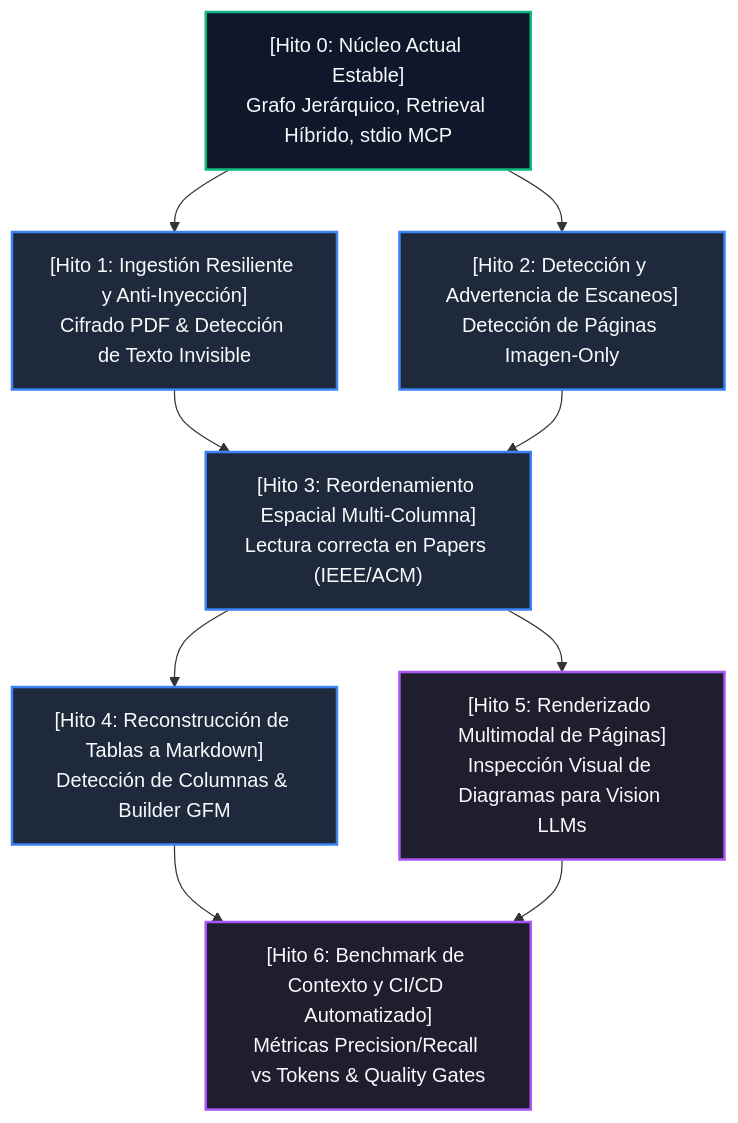
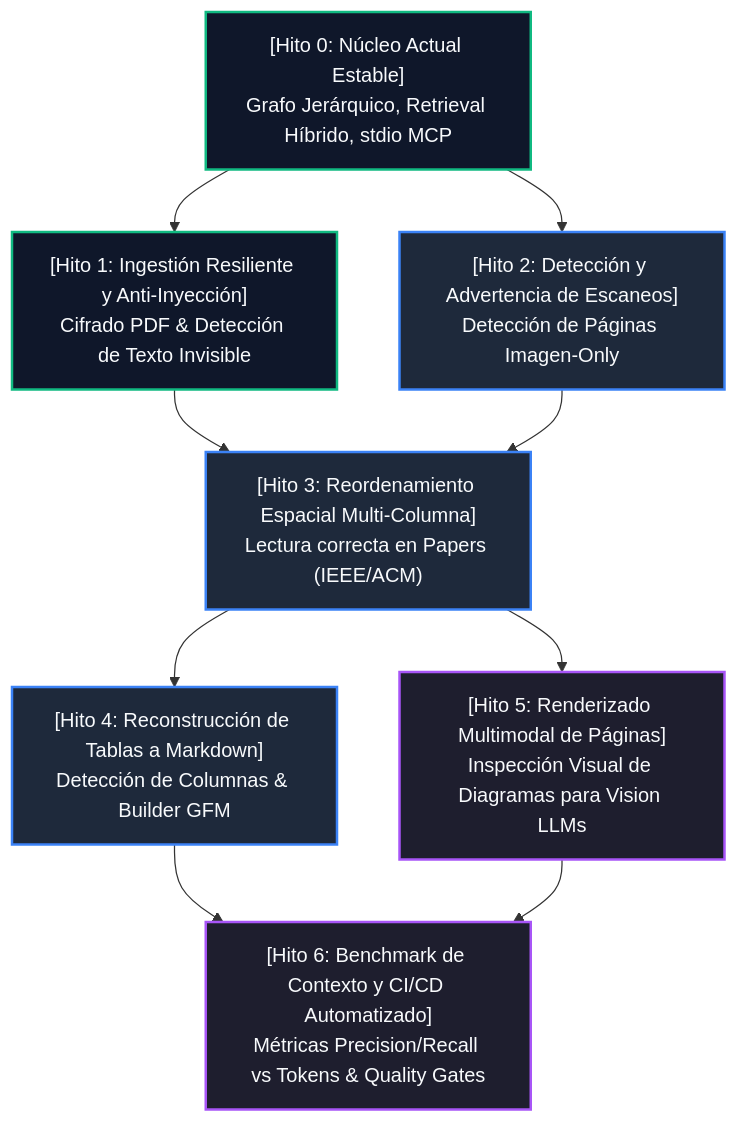
One commit to yoiberdev/docugraph-mcp changed the diagram in docs/milestones-roadmap.md. Above: the diagram before and after it, drawn with Mermaid. The commit also changed other lines of this file and 11 other files, not shown here.

Commit message:
feat(security): implement pdf decryption and anti-prompt injection detection (milestone 1)

````diff
--- a/docs/milestones-roadmap.md
+++ b/docs/milestones-roadmap.md
@@ -17,24 +17,23 @@
 ```mermaid
 graph TD
     classDef milestone fill:#1e293b,stroke:#3b82f6,stroke-width:2px,color:#f8fafc;
     classDef foundation fill:#0f172a,stroke:#10b981,stroke-width:2px,color:#f8fafc;
     classDef advanced fill:#1e1e2e,stroke:#a855f7,stroke-width:2px,color:#f8fafc;
 
     M0["[Hito 0: Núcleo Actual Estable]<br/>Grafo Jerárquico, Retrieval Híbrido, stdio MCP"]:::foundation
-
-    M1["[Hito 1: Ingestión Resiliente y Anti-Inyección]<br/>Cifrado PDF & Detección de Texto Invisible"]:::milestone
+    M1["[Hito 1: Ingestión Resiliente y Anti-Inyección]<br/>Cifrado PDF & Detección de Texto Invisible"]:::foundation
     M2["[Hito 2: Detección y Advertencia de Escaneos]<br/>Detección de Páginas Imagen-Only"]:::milestone
     M3["[Hito 3: Reordenamiento Espacial Multi-Columna]<br/>Lectura correcta en Papers (IEEE/ACM)"]:::milestone
     M4["[Hito 4: Reconstrucción de Tablas a Markdown]<br/>Detección de Columnas & Builder GFM"]:::milestone
     M5["[Hito 5: Renderizado Multimodal de Páginas]<br/>Inspección Visual de Diagramas para Vision LLMs"]:::advanced
     M6["[Hito 6: Benchmark de Contexto y CI/CD Automatizado]<br/>Métricas Precision/Recall vs Tokens & Quality Gates"]:::advanced
 
     M0 --> M1
     M0 --> M2
     M1 --> M3
     M2 --> M3
     M3 --> M4
     M3 --> M5
     M4 --> M6
     M5 --> M6
 ```
````
